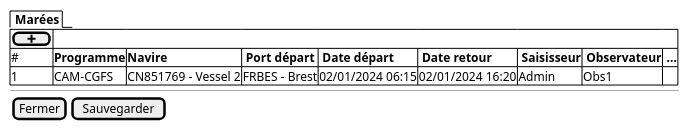
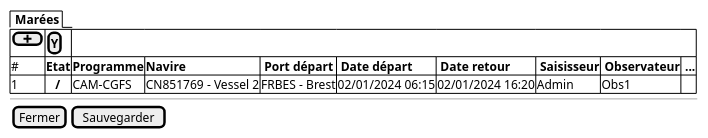
Before and after one commit to sumaris-net/sumaris-doc: the diagram in projects/obsmer/spe/images/trips-table.puml, drawn with PlantUML. The commit also changed 5 other files, not shown here.

```diff
--- a/projects/obsmer/spe/images/trips-table.puml
+++ b/projects/obsmer/spe/images/trips-table.puml
@@ -1,18 +1,18 @@
 @startsalt
 {
 
   {/ <b> Marées   }
 
 
 	{#
-      [ <&plus> ]
-      # | <b>Programme     | <b>Navire   | <b> Port départ | <b> Date départ | <b> Date retour | <b> Saisisseur |<b> Observateur | <b> ...
-      1 | CAM-CGFS         | CN851769 - Vessel 2 | FRBES - Brest | 02/01/2024 06:15 | 02/01/2024 16:20 | Admin | Obs1 |
+      [ <&plus>] | [<b>Y]
+      # | <b>Etat | <b>Programme     | <b>Navire   | <b> Port départ | <b> Date départ | <b> Date retour | <b> Saisisseur |<b> Observateur | <b> ...
+      1 | <b>   / | CAM-CGFS         | CN851769 - Vessel 2 | FRBES - Brest | 02/01/2024 06:15 | 02/01/2024 16:20 | Admin | Obs1 |
     }
 
   --
   {
     [Fermer] | [Sauvegarder]
   }
 }
 @endsalt
```
